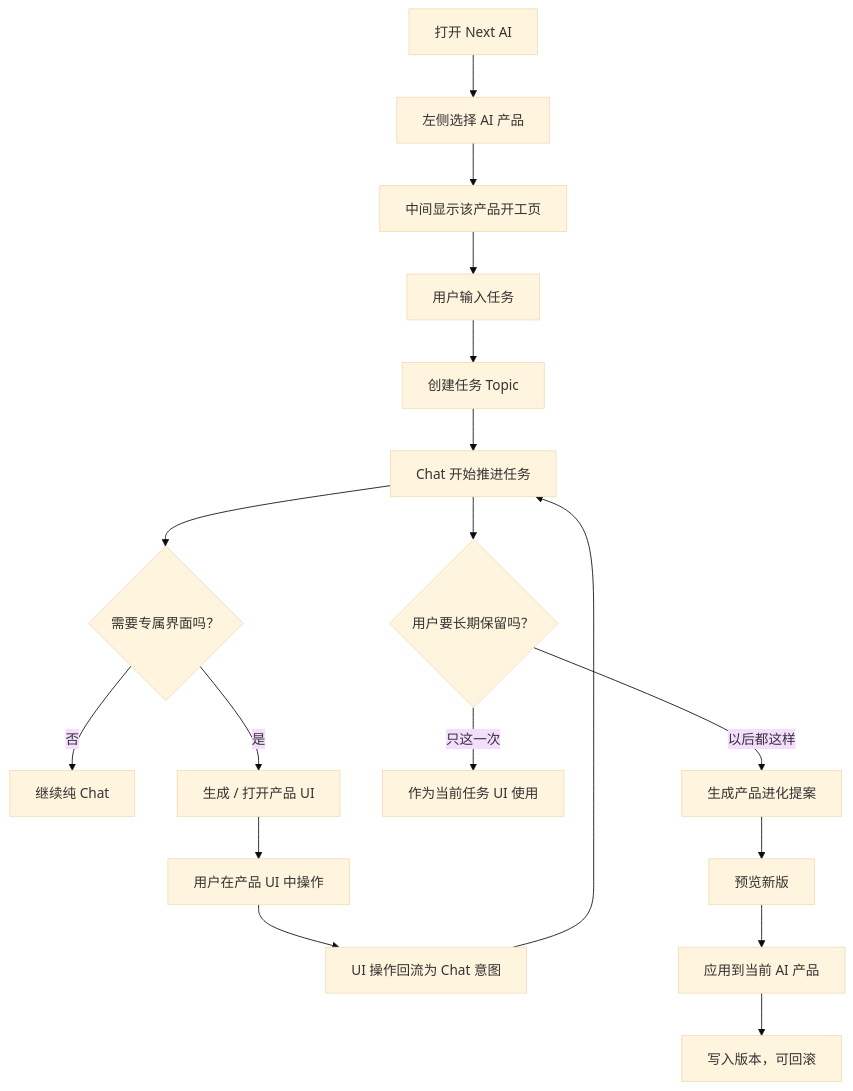
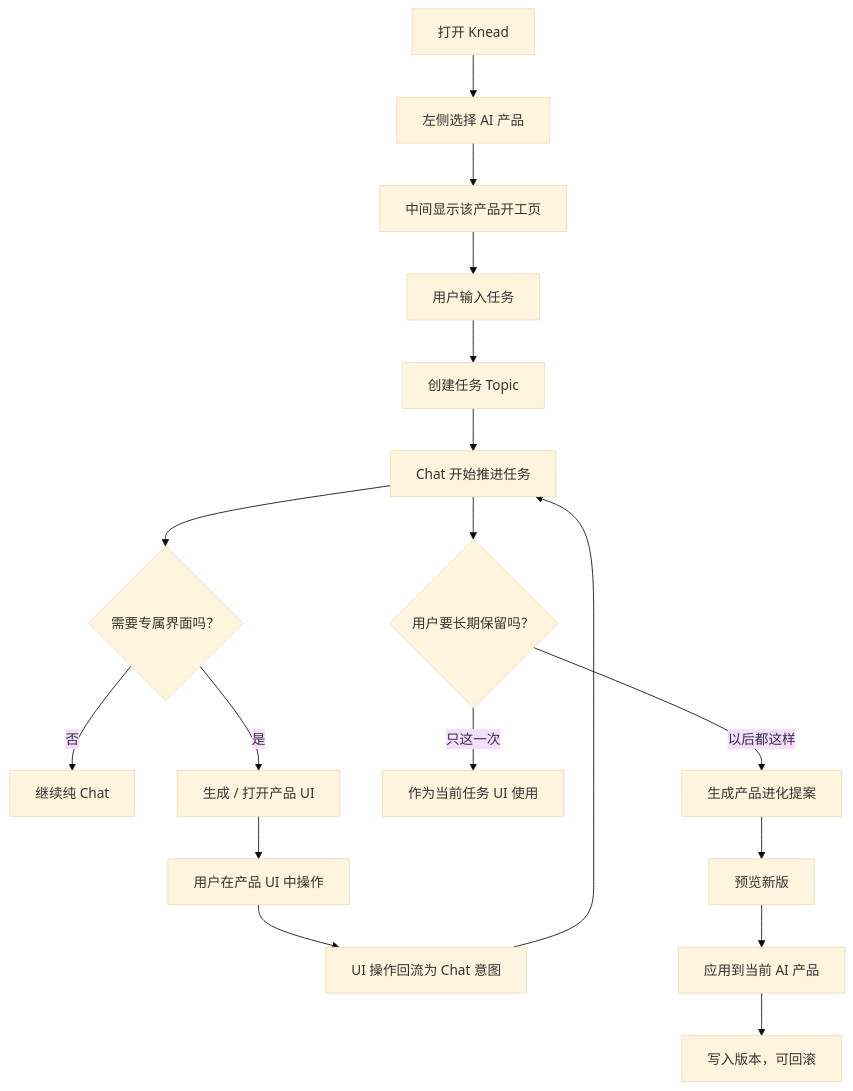
Before and after one commit to 1zhangyy1/hermes-knead-webui: the second of 2 diagrams in docs/references/LOBEHUB_ASSISTANT_REFERENCE_ANALYSIS.md, drawn with Mermaid (base theme). The commit also changed other lines of this file and 63 other files, not shown here.

````diff
--- a/docs/references/LOBEHUB_ASSISTANT_REFERENCE_ANALYSIS.md
+++ b/docs/references/LOBEHUB_ASSISTANT_REFERENCE_ANALYSIS.md
@@ -494,20 +494,20 @@
 ```mermaid
 flowchart TD
-  A["打开 Next AI"] --> B["左侧选择 AI 产品"]
+  A["打开 Knead"] --> B["左侧选择 AI 产品"]
   B --> C["中间显示该产品开工页"]
   C --> D["用户输入任务"]
   D --> E["创建任务 Topic"]
   E --> F["Chat 开始推进任务"]
   F --> G{"需要专属界面吗？"}
   G -->|否| H["继续纯 Chat"]
   G -->|是| I["生成 / 打开产品 UI"]
   I --> J["用户在产品 UI 中操作"]
   J --> K["UI 操作回流为 Chat 意图"]
   K --> F
   F --> L{"用户要长期保留吗？"}
   L -->|只这一次| M["作为当前任务 UI 使用"]
   L -->|以后都这样| N["生成产品进化提案"]
   N --> O["预览新版"]
   O --> P["应用到当前 AI 产品"]
   P --> Q["写入版本，可回滚"]
 ```
````
